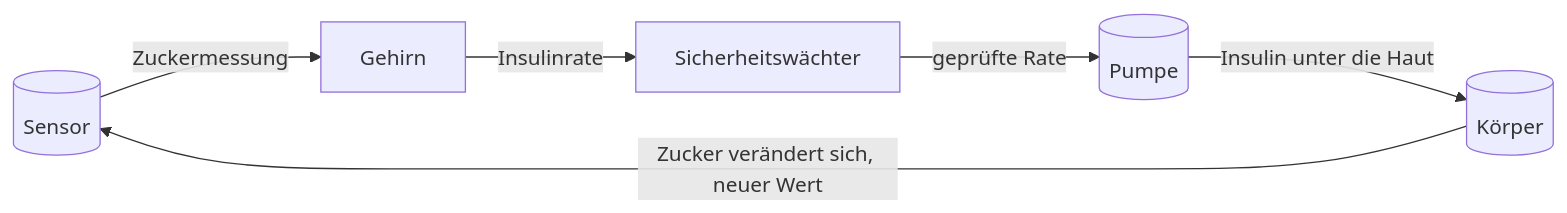
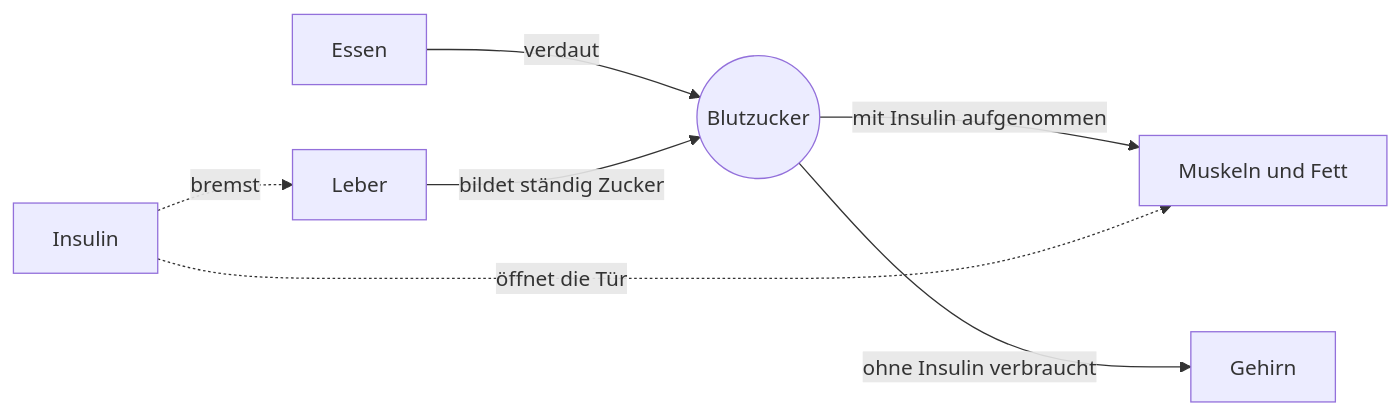
Before and after one commit to jodli/tir-tuner: the diagram in docs/patient/de/index.md, drawn with Mermaid. The commit also changed other lines of this file and 18 other files, not shown here.

````diff
--- a/docs/patient/de/index.md
+++ b/docs/patient/de/index.md
@@ -31,8 +19,9 @@
 ```mermaid
 flowchart LR
-    S[(Sensor)] -->|Zuckermessung| G[Gehirn]
-    G -->|Insulinrate| W[Sicherheitswächter]
-    W -->|geprüfte Rate| P[(Pumpe)]
-    P -->|Insulin unter die Haut| V[(Körper)]
-    V -->|Zucker verändert sich, neuer Wert| S
+    F[Essen] -->|verdaut| B((Blutzucker))
+    L[Leber] -->|bildet ständig Zucker| B
+    B -->|ohne Insulin verbraucht| BR[Gehirn]
+    B -->|mit Insulin aufgenommen| M[Muskeln und Fett]
+    I[Insulin] -.öffnet die Tür.-> M
+    I -.bremst.-> L
 ```
````
